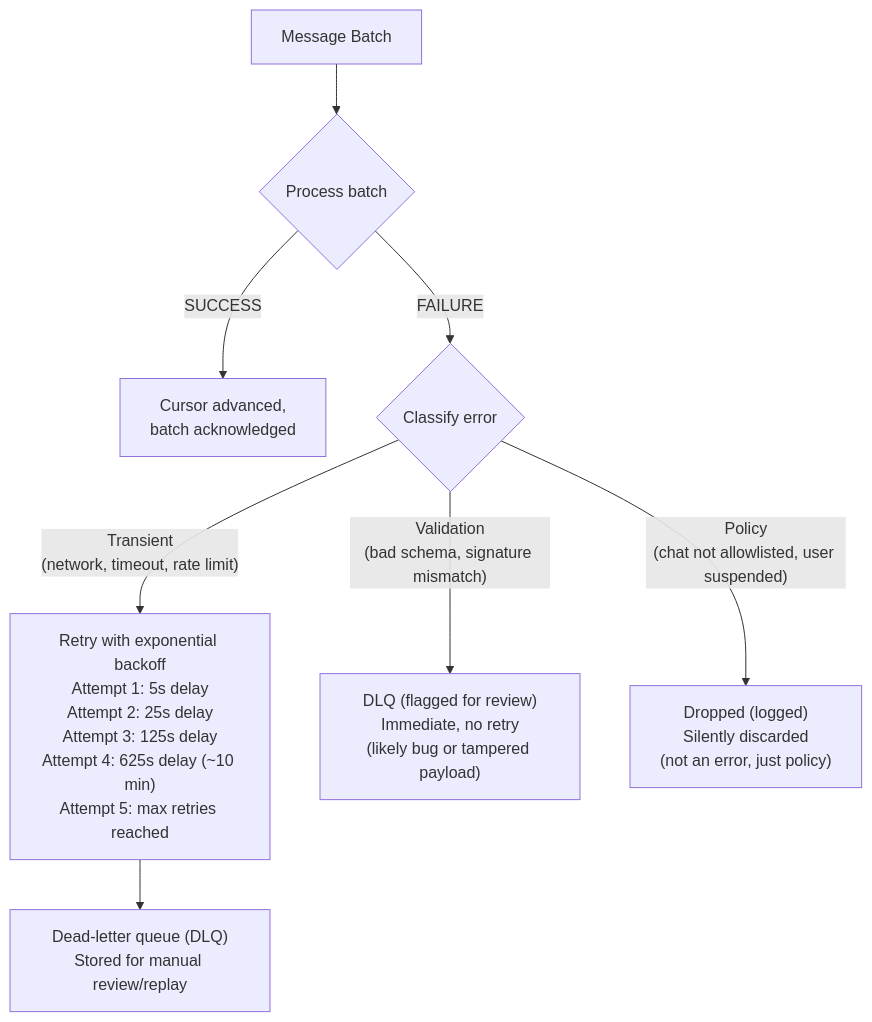
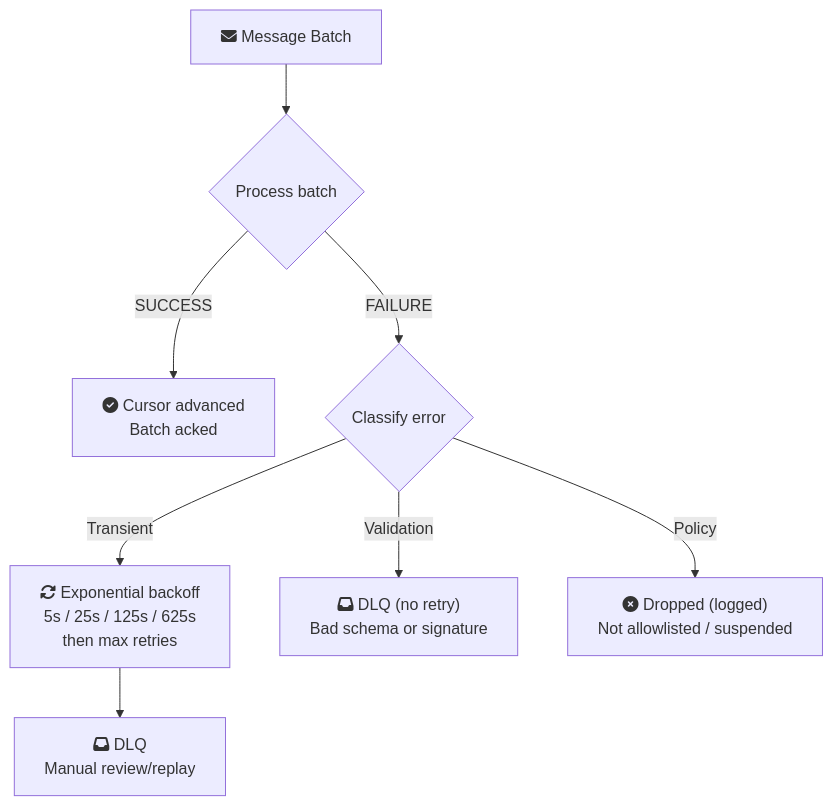
The second of 4 diagrams in docs/flows/sync-ingestion.md (alilibx/ecqo), drawn with Mermaid before and after one commit. The commit also changed other lines of this file and 23 other files, not shown here.

````diff
--- a/docs/flows/sync-ingestion.md
+++ b/docs/flows/sync-ingestion.md
@@ -95,13 +86,13 @@
 ```mermaid
 flowchart TD
-    A["Message Batch"] --> B{"Process batch"}
-    B -- SUCCESS --> S["Cursor advanced,<br/>batch acknowledged"]
+    A["fa:fa-envelope Message Batch"] --> B{"Process batch"}
+    B -- SUCCESS --> S["fa:fa-circle-check Cursor advanced<br/>Batch acked"]
     B -- FAILURE --> C{"Classify error"}
 
-    C -- "Transient<br/>(network, timeout, rate limit)" --> D["Retry with exponential backoff<br/>Attempt 1: 5s delay<br/>Attempt 2: 25s delay<br/>Attempt 3: 125s delay<br/>Attempt 4: 625s delay (~10 min)<br/>Attempt 5: max retries reached"]
-    D --> DLQ1["Dead-letter queue (DLQ)<br/>Stored for manual review/replay"]
+    C -- "Transient" --> D["fa:fa-rotate Exponential backoff<br/>5s / 25s / 125s / 625s<br/>then max retries"]
+    D --> DLQ1["fa:fa-inbox DLQ<br/>Manual review/replay"]
 
-    C -- "Validation<br/>(bad schema, signature mismatch)" --> DLQ2["DLQ (flagged for review)<br/>Immediate, no retry<br/>(likely bug or tampered payload)"]
+    C -- "Validation" --> DLQ2["fa:fa-inbox DLQ (no retry)<br/>Bad schema or signature"]
 
-    C -- "Policy<br/>(chat not allowlisted, user suspended)" --> DROP["Dropped (logged)<br/>Silently discarded<br/>(not an error, just policy)"]
+    C -- "Policy" --> DROP["fa:fa-circle-xmark Dropped (logged)<br/>Not allowlisted / suspended"]
 ```
````
